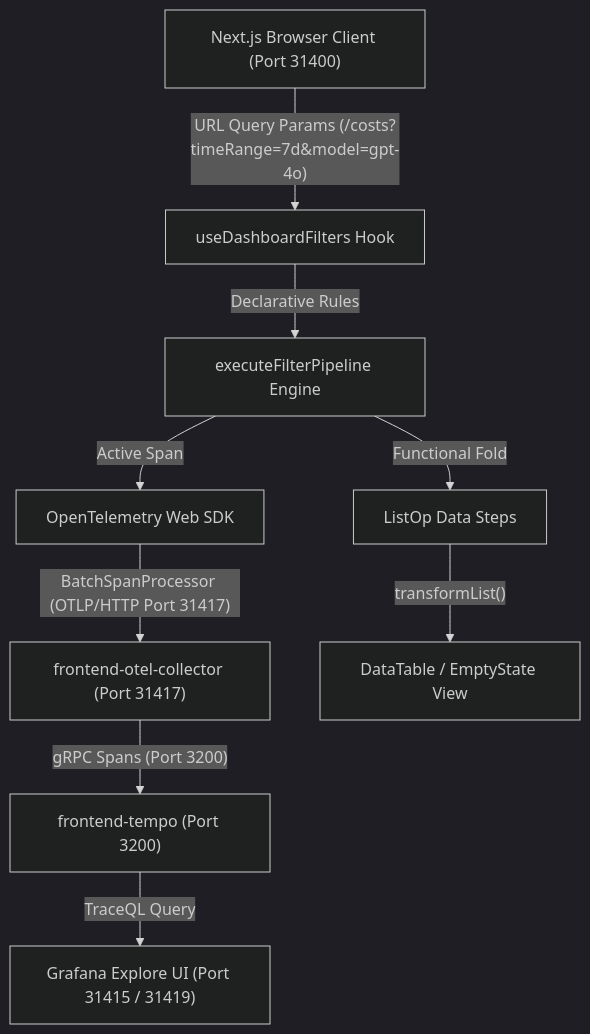
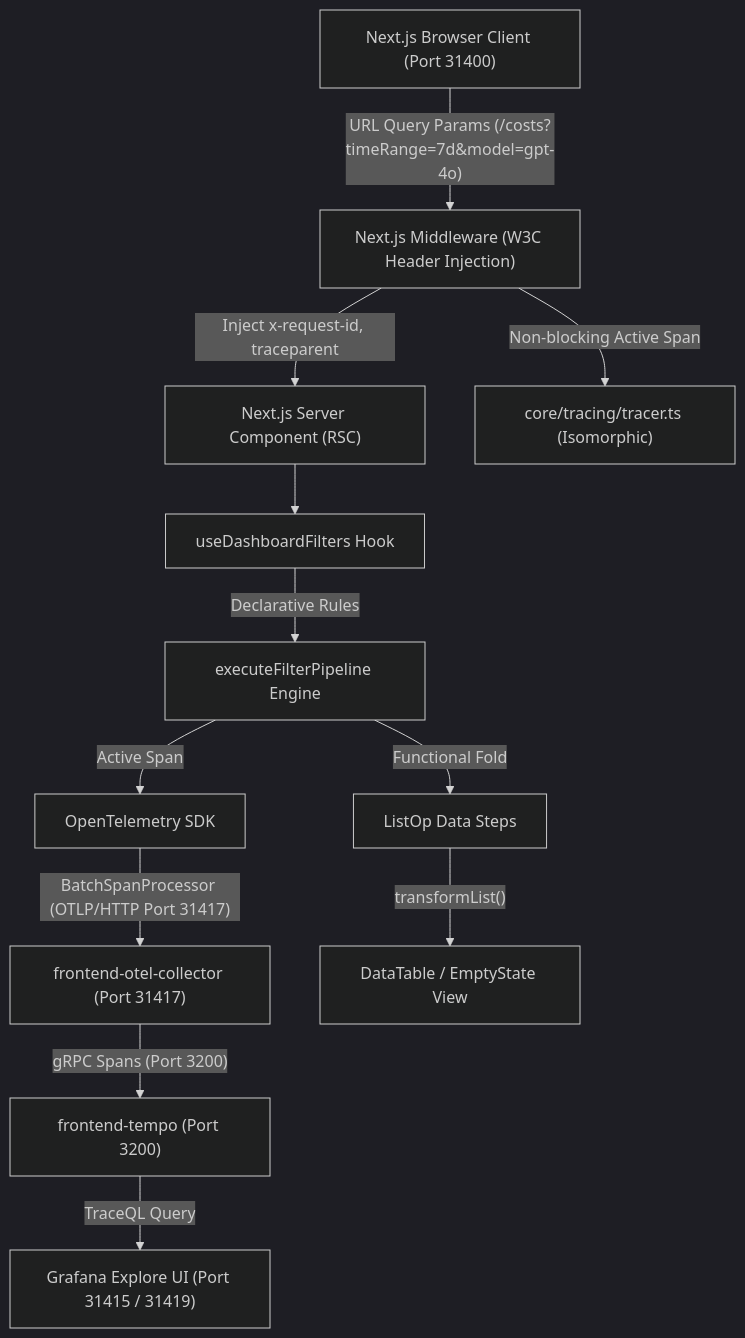
One commit to Chief-Strategist-J/llm-observability-platform changed the first of 2 diagrams in packages/node/web-app/adr/0005-deep-linkable-url-filters-and-opentelemetry-tracing.md. Above: the diagram before and after it, drawn with Mermaid (dark theme). The commit also changed other lines of this file, not shown here.

Commit message:
docs(adr): update web-app ADR 0005 with W3C middleware propagation and consolidated core/tracing architecture

````diff
--- a/packages/node/web-app/adr/0005-deep-linkable-url-filters-and-opentelemetry-tracing.md
+++ b/packages/node/web-app/adr/0005-deep-linkable-url-filters-and-opentelemetry-tracing.md
@@ -32,11 +35,14 @@
 ```mermaid
 graph TD
-    Browser["Next.js Browser Client (Port 31400)"] -->|"URL Query Params (/costs?timeRange=7d&model=gpt-4o)"| Hook["useDashboardFilters Hook"]
+    Browser["Next.js Browser Client (Port 31400)"] -->|"URL Query Params (/costs?timeRange=7d&model=gpt-4o)"| Middleware["Next.js Middleware (W3C Header Injection)"]
+    Middleware -->|"Inject x-request-id, traceparent"| Server["Next.js Server Component (RSC)"]
+    Middleware -->|"Non-blocking Active Span"| Tracer["core/tracing/tracer.ts (Isomorphic)"]
+    Server --> Hook["useDashboardFilters Hook"]
     Hook -->|"Declarative Rules"| Pipeline["executeFilterPipeline Engine"]
     Pipeline -->|"Functional Fold"| ListOps["ListOp Data Steps"]
-    Pipeline -->|"Active Span"| OTEL["OpenTelemetry Web SDK"]
+    Pipeline -->|"Active Span"| OTEL["OpenTelemetry SDK"]
     OTEL -->|"BatchSpanProcessor (OTLP/HTTP Port 31417)"| Collector["frontend-otel-collector (Port 31417)"]
     Collector -->|"gRPC Spans (Port 3200)"| Tempo["frontend-tempo (Port 3200)"]
     Tempo -->|"TraceQL Query"| Grafana["Grafana Explore UI (Port 31415 / 31419)"]
     ListOps -->|"transformList()"| UI["DataTable / EmptyState View"]
 ```
````
